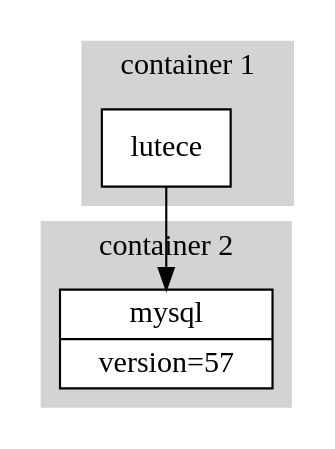
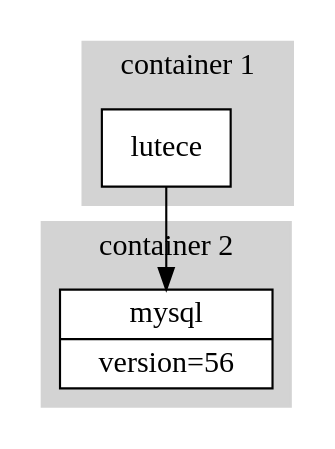
One commit to nicolabertazzo/lutece-demo-site-forms changed the diagram in out/config_2/configuration.dot. Above: the diagram before and after it, drawn with Graphviz. The commit also changed 12 other files, not shown here.

```diff
--- a/out/config_2/configuration.dot
+++ b/out/config_2/configuration.dot
@@ -1,16 +1,16 @@
 digraph Config {
   node [shape="record",style="filled",fillcolor="white"];
   subgraph cluster_1 {
     label="container 1";
     style="filled";
     color="lightgrey";
     lutece_0 [label="lutece"];
   }
   subgraph cluster_2 {
     label="container 2";
     style="filled";
     color="lightgrey";
-    mysql_0 [label="{mysql|version=57}"];
+    mysql_0 [label="{mysql|version=56}"];
   }
   lutece_0 -> mysql_0;
 }
```
